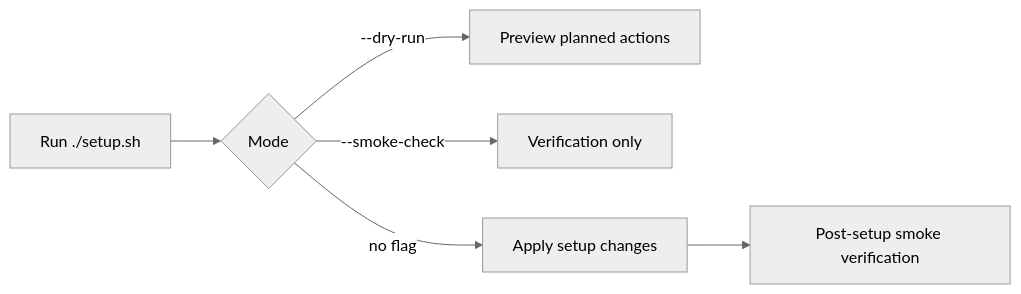
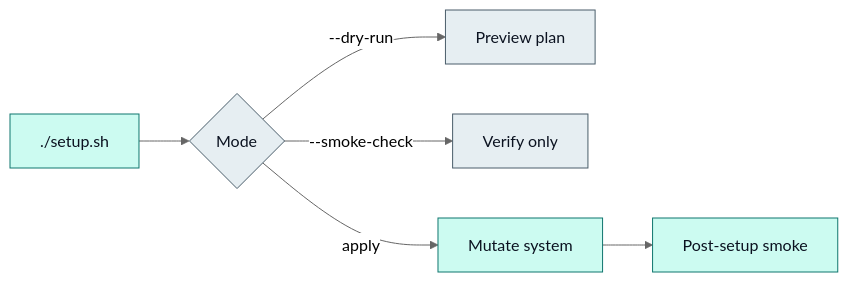
The diagram in docs/content/docs/linux-setup.mdx (wyattowalsh/dotfiles), drawn with Mermaid (neutral theme) before and after one commit. The commit also changed 15 other files, not shown here.

First line of the commit message:
feat(docs): Phosphor icons, Signal Graphite palette, themed Mermaid

````diff
--- a/docs/content/docs/linux-setup.mdx
+++ b/docs/content/docs/linux-setup.mdx
@@ -27,8 +27,13 @@
 ```mermaid
 flowchart LR
-  A[Run ./setup.sh] --> B{Mode}
-  B -->|--dry-run| C[Preview planned actions]
-  B -->|--smoke-check| D[Verification only]
-  B -->|no flag| E[Apply setup changes]
-  E --> F[Post-setup smoke verification]
+  A["./setup.sh"] --> B{Mode}
+  B -->|--dry-run| C[Preview plan]
+  B -->|--smoke-check| D[Verify only]
+  B -->|apply| E[Mutate system]
+  E --> F[Post-setup smoke]
+
+  classDef signal fill:#ccfbf1,stroke:#0f766e,color:#0b1220
+  classDef mute fill:#e6eef2,stroke:#4a5d6a,color:#0b1220
+  class A,E,F signal
+  class B,C,D mute
 ```
````
